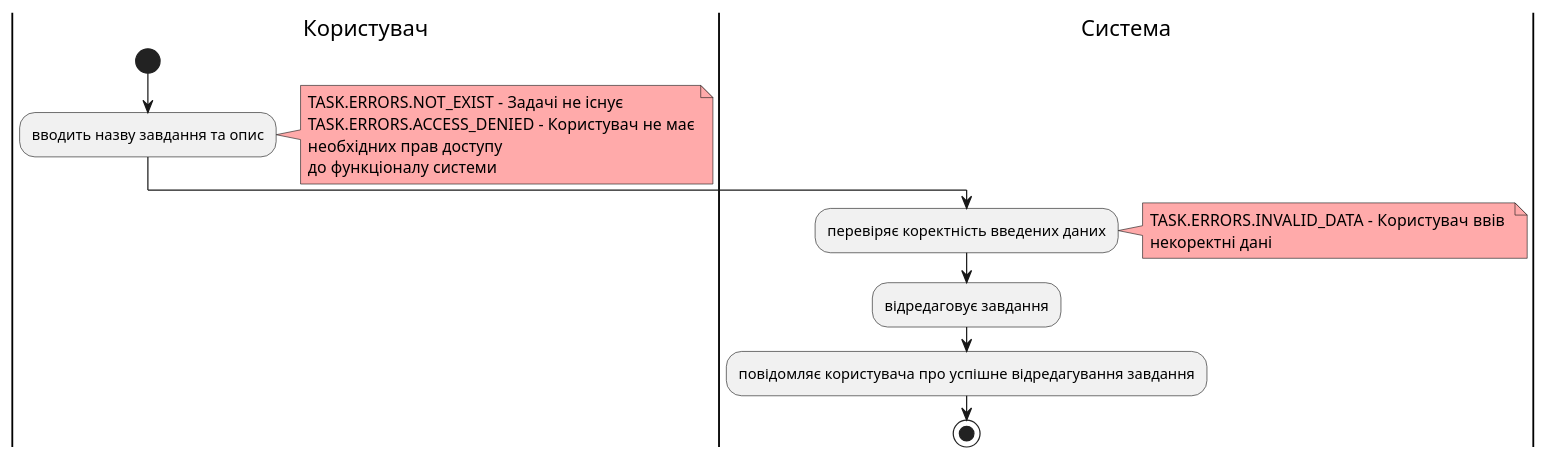
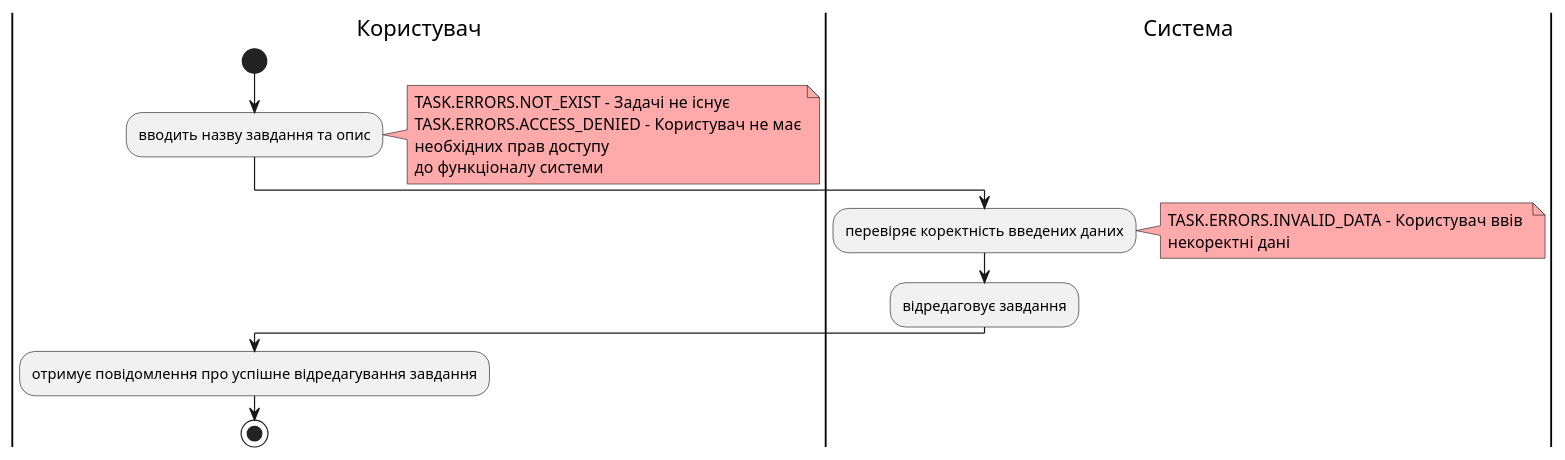
Diagram 11 of 23 in docs/use cases/README.md (yarikkot04/Sup), drawn with PlantUML before and after one commit. The commit also changed other lines of this file and 1 other file, not shown here.

```diff
--- a/docs/use cases/README.md
+++ b/docs/use cases/README.md
@@ -474,21 +478,22 @@
 @startuml
 
     |Користувач|
      start 
       :вводить назву завдання та опис;
        note right #ffaaaa
        TASK.ERRORS.NOT_EXIST - Задачі не існує
        TASK.ERRORS.ACCESS_DENIED - Користувач не має
        необхідних прав доступу
        до функціоналу системи
        end note
     |Система|
       :перевіряє коректність введених даних;
        note right #ffaaaa
        TASK.ERRORS.INVALID_DATA - Користувач ввів 
        некоректні дані
        end note
       :відредаговує завдання;
-      :повідомляє користувача про успішне відредагування завдання;
+    |Користувач|
+       :отримує повідомлення про успішне відредагування завдання;
     stop;
 @enduml
```
